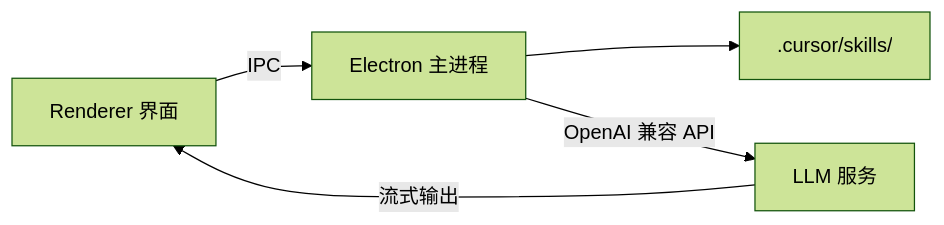
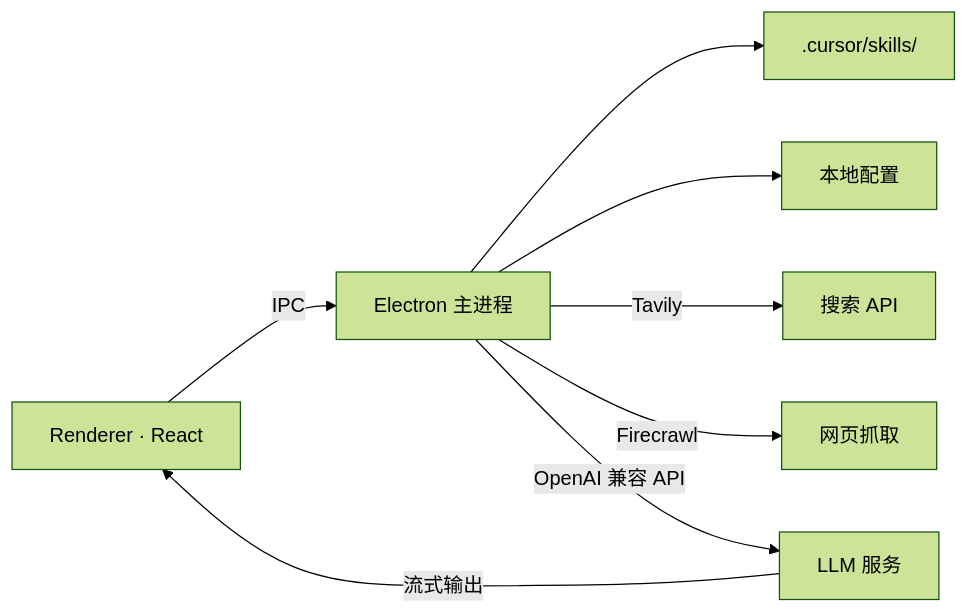
Before and after one commit to YieCham/seo-article-generate: the second of 2 diagrams in README.md, drawn with Mermaid (forest theme). The commit also changed other lines of this file, not shown here.

Commit message:
Add comprehensive README with features, setup, and architecture docs

````diff
--- a/README.md
+++ b/README.md
@@ -7,7 +69,10 @@
 ```mermaid
 flowchart LR
-  UI[Renderer 界面] -->|IPC| Main[Electron 主进程]
+  UI[Renderer · React] -->|IPC| Main[Electron 主进程]
   Main --> Skills[.cursor/skills/]
+  Main --> Config[本地配置]
+  Main -->|Tavily| Search[搜索 API]
+  Main -->|Firecrawl| Scrape[网页抓取]
   Main -->|OpenAI 兼容 API| LLM[LLM 服务]
   LLM -->|流式输出| UI
 ```
````
